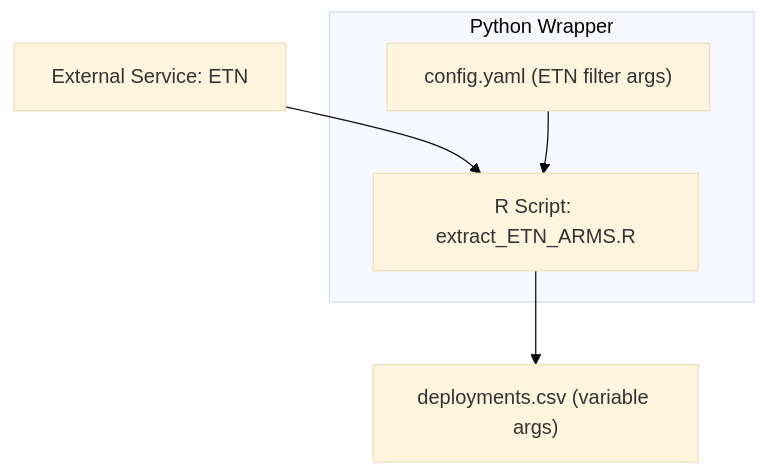
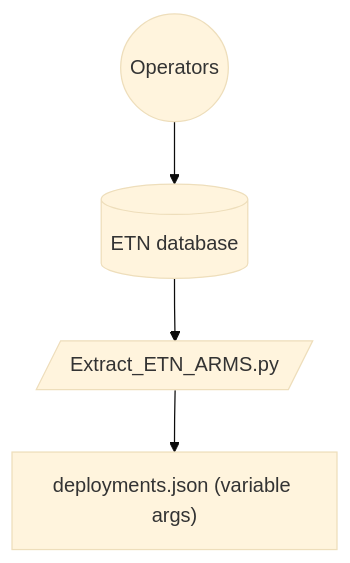
One commit to willem0boone/metadata_networks changed the first of 4 diagrams in 1.ARMS/docs/readme.md. Above: the diagram before and after it, drawn with Mermaid (base theme). The commit also changed other lines of this file and 23 other files, not shown here.

````diff
--- a/1.ARMS/docs/readme.md
+++ b/1.ARMS/docs/readme.md
@@ -22,16 +22,11 @@
 ```mermaid
 flowchart TB
 
-B[External Service: ETN]
+A((Operators)) --> id1[(ETN database)]
 
-subgraph Python Wrapper
-    C["config.yaml (ETN filter args)"]
-    A[R Script: extract_ETN_ARMS.R]
-end
+    
 
-B --> A
-C --> A
-
-A --> E["deployments.csv (variable args)"]
+id1--> B[/"Extract_ETN_ARMS.py"/]
+B --> C["deployments.json (variable args)"]
 
 ```
````
